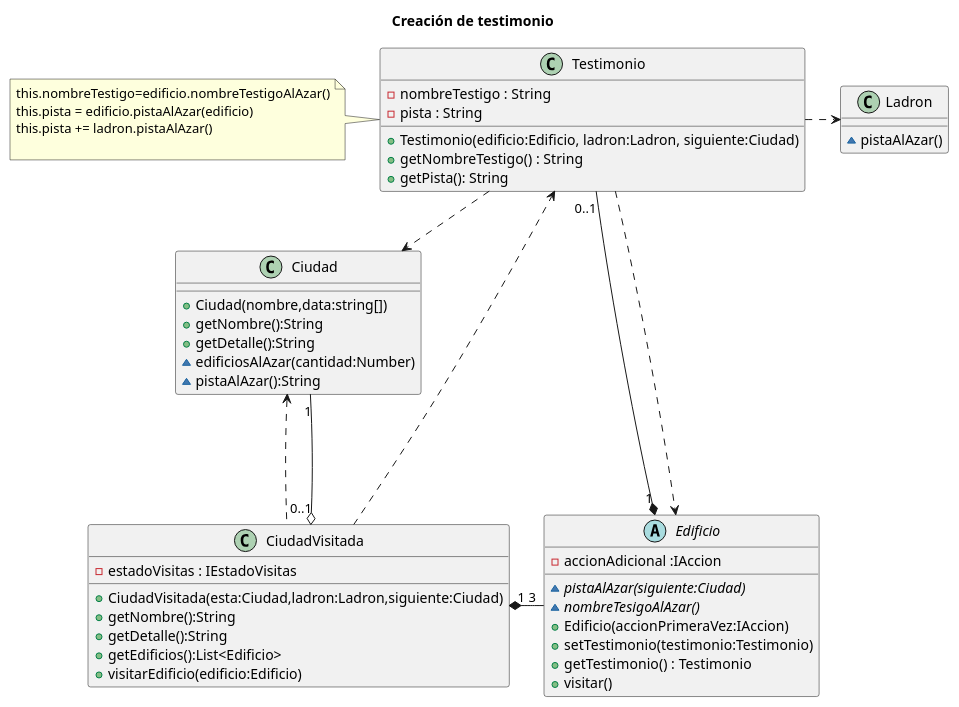
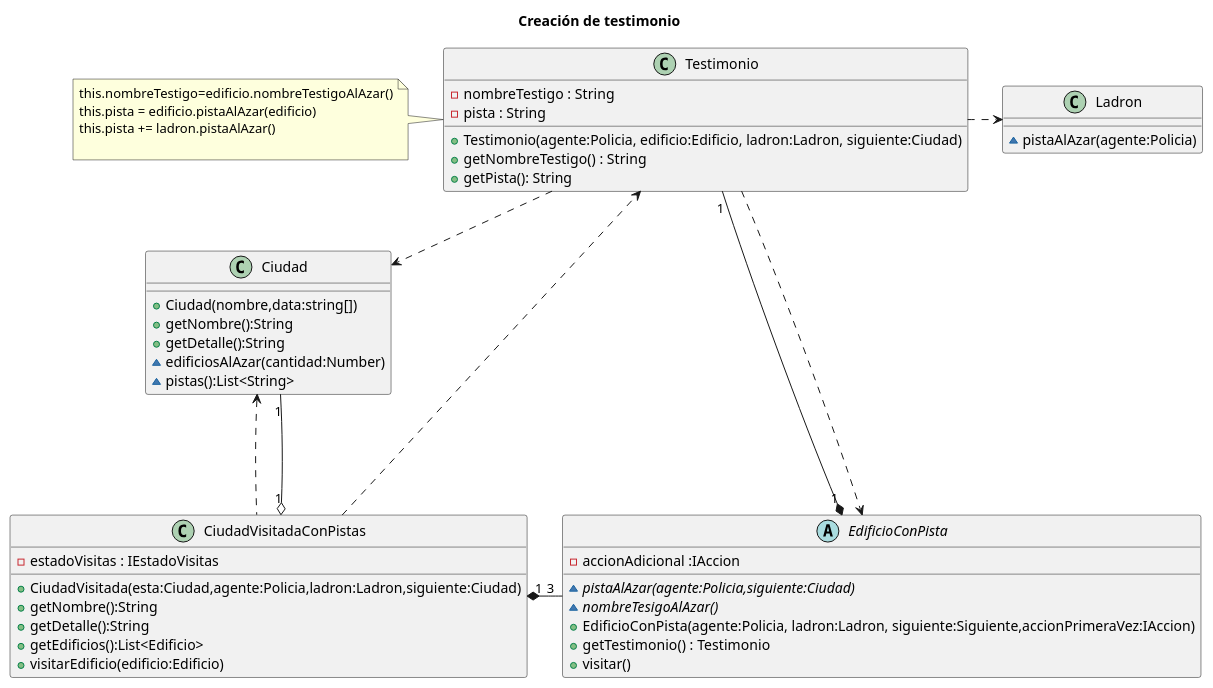
Before and after one commit to MarconMatias/TP2-AyPIII: the second of 3 diagrams in diagrams/classes/bosquejo.plantuml, drawn with PlantUML. The commit also changed other lines of this file and 6 other files, not shown here.

```diff
--- a/diagrams/classes/bosquejo.plantuml
+++ b/diagrams/classes/bosquejo.plantuml
@@ -74,58 +35,57 @@
 @startuml Testimonio
 title Creación de testimonio
 
 class Ciudad {
     + Ciudad(nombre,data:string[])
     + getNombre():String
     + getDetalle():String
     ~ edificiosAlAzar(cantidad:Number)
-    ~ pistaAlAzar():String
+    ~ pistas():List<String>
 }
 
-class CiudadVisitada {
+class CiudadVisitadaConPistas {
     - estadoVisitas : IEstadoVisitas
-    + CiudadVisitada(esta:Ciudad,ladron:Ladron,siguiente:Ciudad)
+    + CiudadVisitada(esta:Ciudad,agente:Policia,ladron:Ladron,siguiente:Ciudad)
     + getNombre():String
     + getDetalle():String
     + getEdificios():List<Edificio>
     + visitarEdificio(edificio:Edificio)
 }
 
 
-abstract class Edificio {
+abstract class EdificioConPista {
     - accionAdicional :IAccion
-    ~ {abstract} pistaAlAzar(siguiente:Ciudad)
+    ~ {abstract} pistaAlAzar(agente:Policia,siguiente:Ciudad)
     ~ {abstract} nombreTesigoAlAzar()
-    + Edificio(accionPrimeraVez:IAccion)
-    + setTestimonio(testimonio:Testimonio)
+    + EdificioConPista(agente:Policia, ladron:Ladron, siguiente:Siguiente,accionPrimeraVez:IAccion)
     + getTestimonio() : Testimonio
     + visitar()
 }
 
 class Testimonio {
     - nombreTestigo : String
     - pista : String
-    + Testimonio(edificio:Edificio, ladron:Ladron, siguiente:Ciudad)
+    + Testimonio(agente:Policia, edificio:Edificio, ladron:Ladron, siguiente:Ciudad)
     + getNombreTestigo() : String
     + getPista(): String
 }
 
 class Ladron {
-    ~ pistaAlAzar()
+    ~ pistaAlAzar(agente:Policia)
 }
-CiudadVisitada ..u.> Ciudad
-CiudadVisitada "0..1" o--- "1" Ciudad
-CiudadVisitada "1" *-r--- "3" Edificio
-Edificio "1" *-u- "0..1" Testimonio
-Testimonio ..> Edificio
+CiudadVisitadaConPistas ..u.> Ciudad
+CiudadVisitadaConPistas "1" o--- "1" Ciudad
+CiudadVisitadaConPistas "1" *-r--- "3" EdificioConPista
+EdificioConPista "1" *-u- "1" Testimonio
+Testimonio ..> EdificioConPista
 Testimonio ..> Ciudad
 Testimonio .r.> Ladron
-CiudadVisitada ...> Testimonio
+CiudadVisitadaConPistas ...> Testimonio
 
 note left of Testimonio
     this.nombreTestigo=edificio.nombreTestigoAlAzar()
     this.pista = edificio.pistaAlAzar(edificio)
     this.pista += ladron.pistaAlAzar()
 
 end note
 @enduml
```
